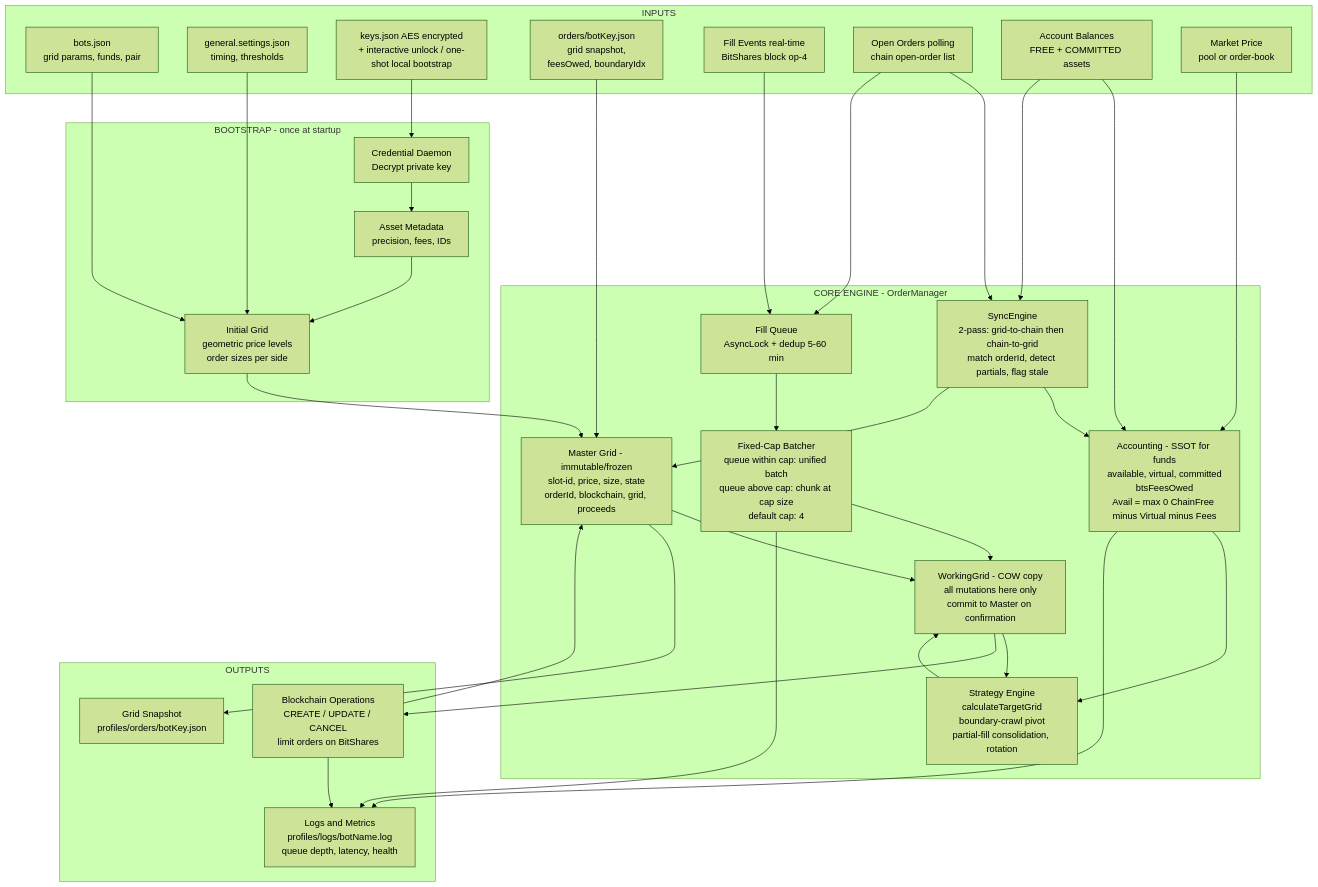
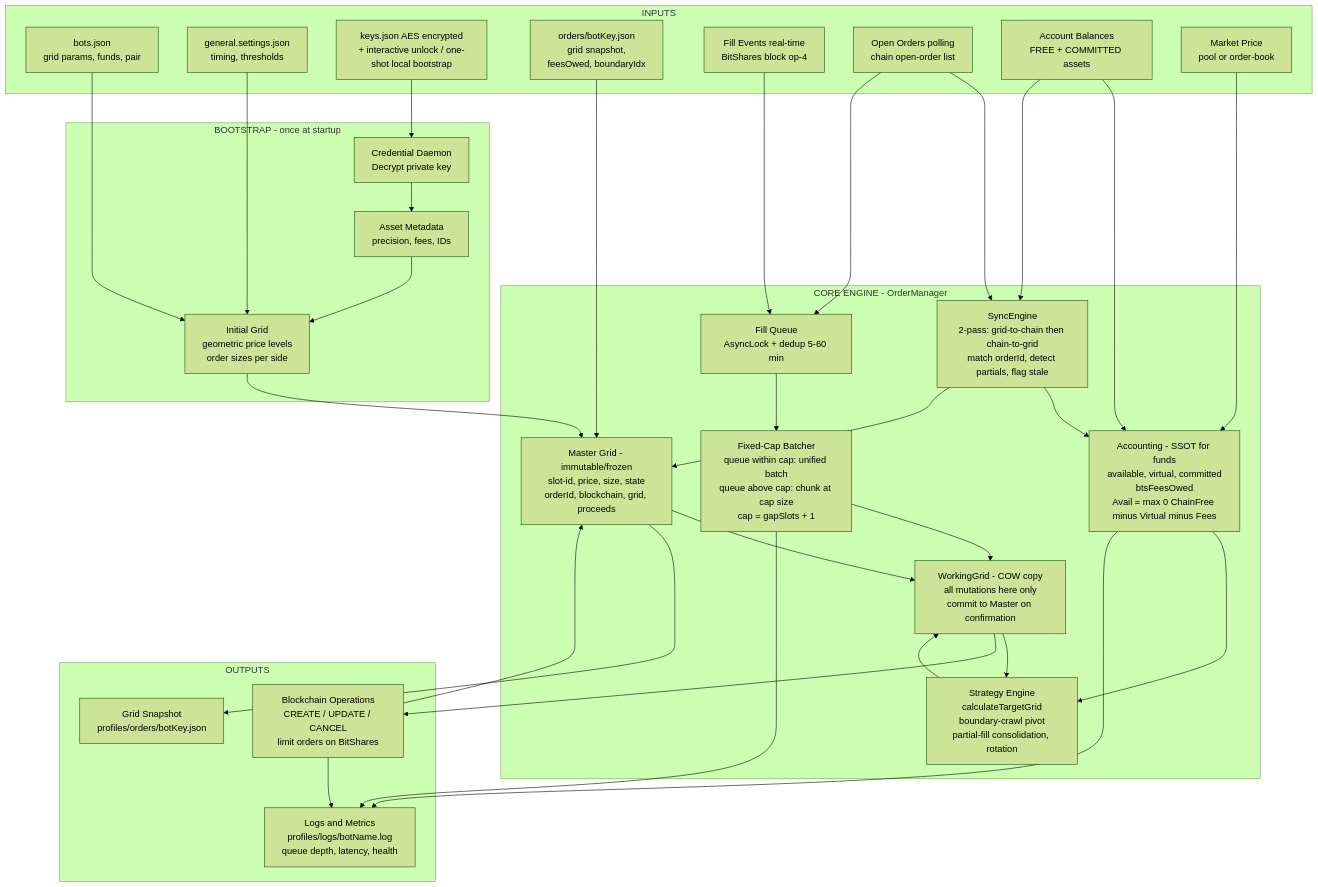
Before and after one commit to abitmore/DEXBot2: the first of 13 diagrams in docs/architecture.md, drawn with Mermaid (forest theme). The commit also changed other lines of this file and 4 other files, not shown here.

````diff
--- a/docs/architecture.md
+++ b/docs/architecture.md
@@ -36,66 +36,66 @@
 ```mermaid
 graph TB
     subgraph "INPUTS"
         CFG[bots.json<br/>grid params, funds, pair]
         GS[general.settings.json<br/>timing, thresholds]
         KEYS[keys.json AES encrypted<br/>+ interactive unlock / one-shot local bootstrap]
         PERSIST[orders/botKey.json<br/>grid snapshot,<br/>feesOwed, boundaryIdx]
         FILLEV[Fill Events real-time<br/>BitShares block op-4]
         OPENORD[Open Orders polling<br/>chain open-order list]
         BALANCES[Account Balances<br/>FREE + COMMITTED assets]
         PRICE[Market Price<br/>pool or order-book]
     end
 
     subgraph "BOOTSTRAP - once at startup"
         AUTH[Credential Daemon<br/>Decrypt private key]
         ASSETMETA[Asset Metadata<br/>precision, fees, IDs]
         INITGRID[Initial Grid<br/>geometric price levels<br/>order sizes per side]
     end
 
     subgraph "CORE ENGINE - OrderManager"
         MASTERGRID[Master Grid - immutable/frozen<br/>slot-id, price, size, state<br/>orderId, blockchain, grid, proceeds]
         TWOPASS[SyncEngine<br/>2-pass: grid-to-chain then chain-to-grid<br/>match orderId, detect partials, flag stale]
         FUNDS["Accounting - SSOT for funds<br/>available, virtual, committed<br/>btsFeesOwed<br/>Avail = max 0 ChainFree minus Virtual minus Fees"]
         TARGET[Strategy Engine<br/>calculateTargetGrid<br/>boundary-crawl pivot<br/>partial-fill consolidation, rotation]
         WORKGRID[WorkingGrid - COW copy<br/>all mutations here only<br/>commit to Master on confirmation]
         FILLQUEUE[Fill Queue<br/>AsyncLock + dedup 5-60 min]
-        BATCHER[Fixed-Cap Batcher<br/>queue within cap: unified batch<br/>queue above cap: chunk at cap size<br/>default cap: 4]
+        BATCHER[Fixed-Cap Batcher<br/>queue within cap: unified batch<br/>queue above cap: chunk at cap size<br/>cap = gapSlots + 1]
     end
 
     subgraph "OUTPUTS"
         OPS[Blockchain Operations<br/>CREATE / UPDATE / CANCEL<br/>limit orders on BitShares]
         SNAP[Grid Snapshot<br/>profiles/orders/botKey.json]
         LOGS[Logs and Metrics<br/>profiles/logs/botName.log<br/>queue depth, latency, health]
     end
 
     KEYS --> AUTH --> ASSETMETA
     CFG --> INITGRID
     GS --> INITGRID
     ASSETMETA --> INITGRID
     PERSIST --> MASTERGRID
     INITGRID --> MASTERGRID
 
     PRICE --> FUNDS
     BALANCES --> FUNDS
     BALANCES --> TWOPASS
     OPENORD --> TWOPASS
     TWOPASS --> FUNDS
     TWOPASS --> MASTERGRID
 
     FILLEV --> FILLQUEUE
     OPENORD --> FILLQUEUE
     FILLQUEUE --> BATCHER
     BATCHER --> WORKGRID
 
     MASTERGRID --> WORKGRID
     FUNDS --> TARGET
     WORKGRID --> TARGET
     TARGET --> WORKGRID
     WORKGRID --> OPS
     OPS --> MASTERGRID
 
     MASTERGRID --> SNAP
     FUNDS --> LOGS
     BATCHER --> LOGS
     OPS --> LOGS
 ```
````
